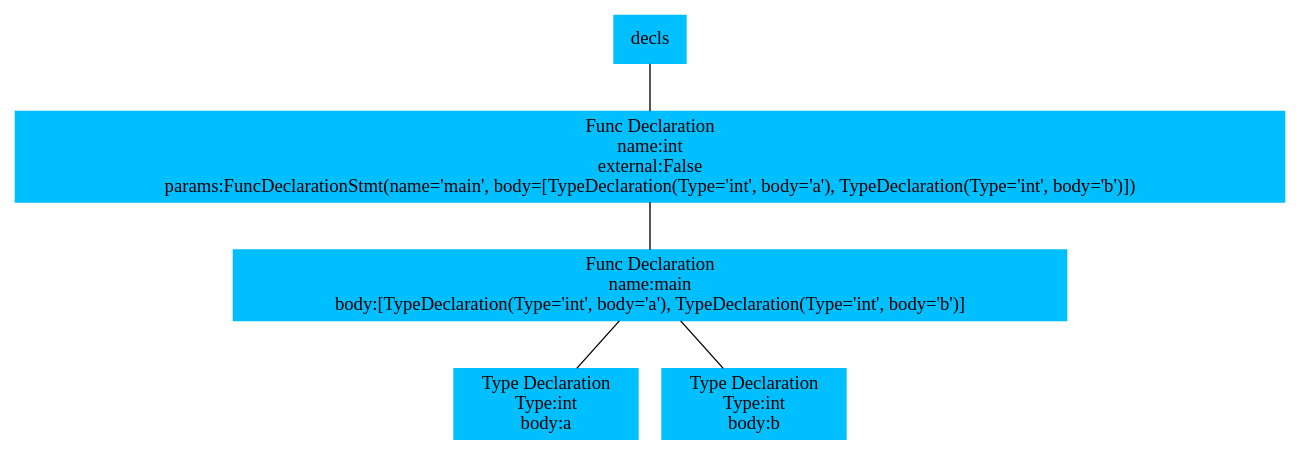
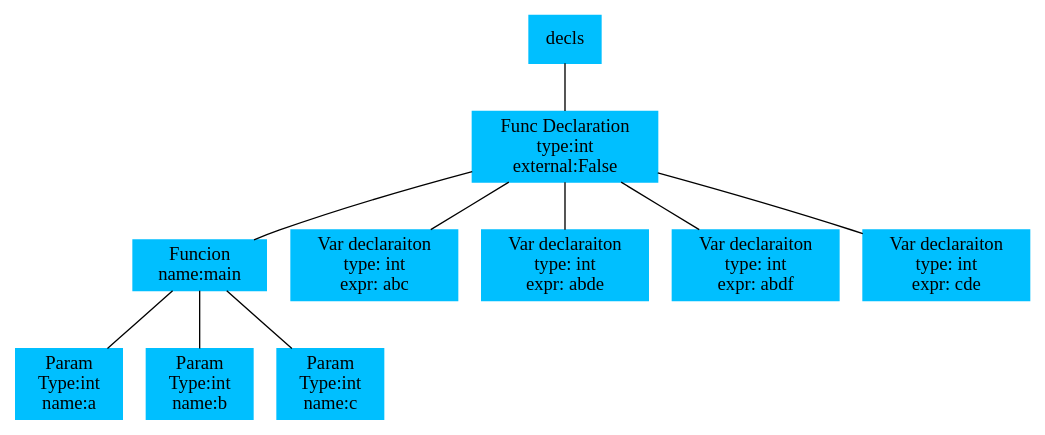
Before and after one commit to JGaviria0/miniC-Compiler: the diagram in tree.dot, drawn with Graphviz. The commit also changed 3 other files, not shown here.

Commit message:
body of func declaration

```diff
--- a/tree.dot
+++ b/tree.dot
@@ -1,23 +1,43 @@
 // Dot
 digraph AST {
 	node [color=deepskyblue shape=box style=filled]
 	edge [arrowhead=none]
 	n01 [label=decls]
 	n02 [label="Func Declaration
-name:int 
+type:int 
 external:False
-params:FuncDeclarationStmt(name='main', body=[TypeDeclaration(Type='int', body='a'), TypeDeclaration(Type='int', body='b')])"]
-	n03 [label="Func Declaration
+"]
+	n03 [label="Funcion 
 name:main 
- body:[TypeDeclaration(Type='int', body='a'), TypeDeclaration(Type='int', body='b')]"]
-	n04 [label="Type Declaration
+"]
+	n04 [label="Param
 Type:int 
- body:a"]
+ name:a"]
 	n03 -> n04
-	n05 [label="Type Declaration
+	n05 [label="Param
 Type:int 
- body:b"]
+ name:b"]
 	n03 -> n05
+	n06 [label="Param
+Type:int 
+ name:c"]
+	n03 -> n06
 	n02 -> n03
+	n07 [label="Var declaraiton
+type: int
+expr: abc"]
+	n02 -> n07
+	n08 [label="Var declaraiton
+type: int
+expr: abde"]
+	n02 -> n08
+	n09 [label="Var declaraiton
+type: int
+expr: abdf"]
+	n02 -> n09
+	n10 [label="Var declaraiton
+type: int
+expr: cde"]
+	n02 -> n10
 	n01 -> n02
 }
```
